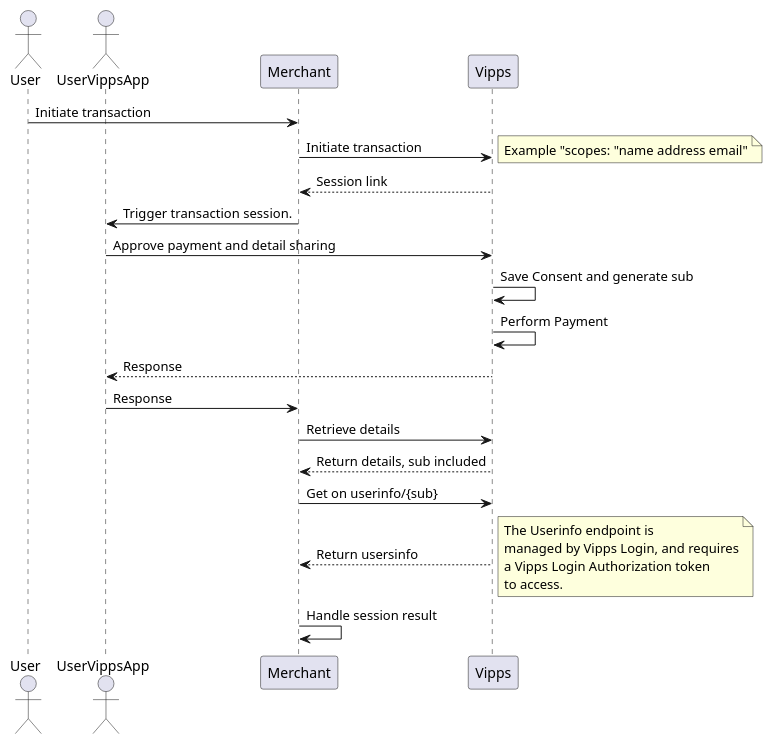
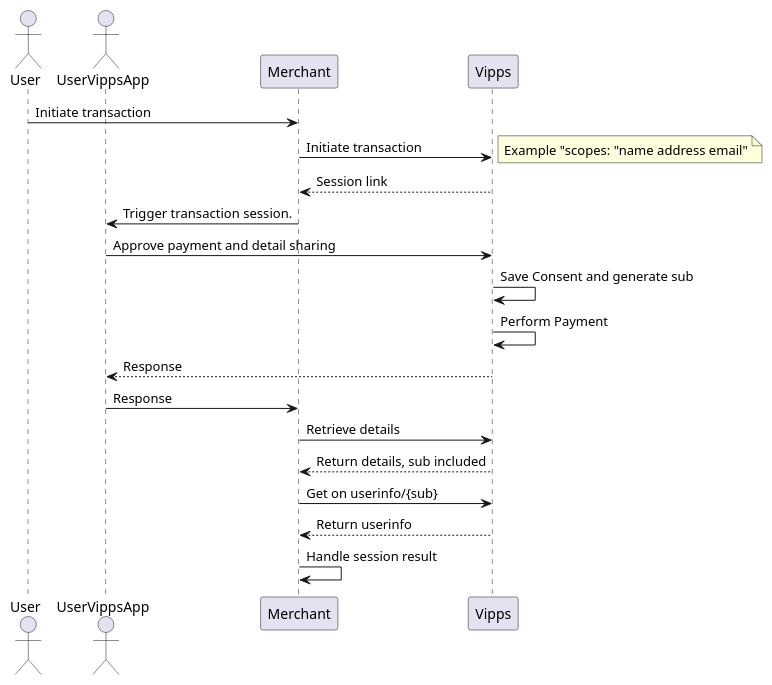
One commit to vippsas/vipps-ecom-api changed the diagram in images/userinfo-direct.puml. Above: the diagram before and after it, drawn with PlantUML. The commit also changed 3 other files, not shown here.

Commit message:
TE-1710: Update swagger and documentation to reflect upcoming functionality where it is possible to fetch userinfo with azure access token both with merchant and partner clients.

```diff
--- a/images/userinfo-direct.puml
+++ b/images/userinfo-direct.puml
@@ -1,29 +1,23 @@
 @startuml
 Actor User
 Actor UserVippsApp
 Participant Merchant
 Participant Vipps
 User -> Merchant : Initiate transaction
 Merchant -> Vipps : Initiate transaction
 note right
 Example "scopes: "name address email"
 end note
 Vipps --> Merchant : Session link
 Merchant -> UserVippsApp : Trigger transaction session.
 UserVippsApp -> Vipps : Approve payment and detail sharing
 Vipps -> Vipps : Save Consent and generate sub
 Vipps -> Vipps : Perform Payment
 Vipps --> UserVippsApp : Response
 UserVippsApp -> Merchant : Response
 Merchant -> Vipps : Retrieve details
 Vipps --> Merchant : Return details, sub included
 Merchant -> Vipps : Get on userinfo/{sub}
-Vipps --> Merchant : Return usersinfo
-note right
-The Userinfo endpoint is
-managed by Vipps Login, and requires
-a Vipps Login Authorization token
-to access.
-end note
+Vipps --> Merchant : Return userinfo
 Merchant -> Merchant : Handle session result
 @enduml
```
